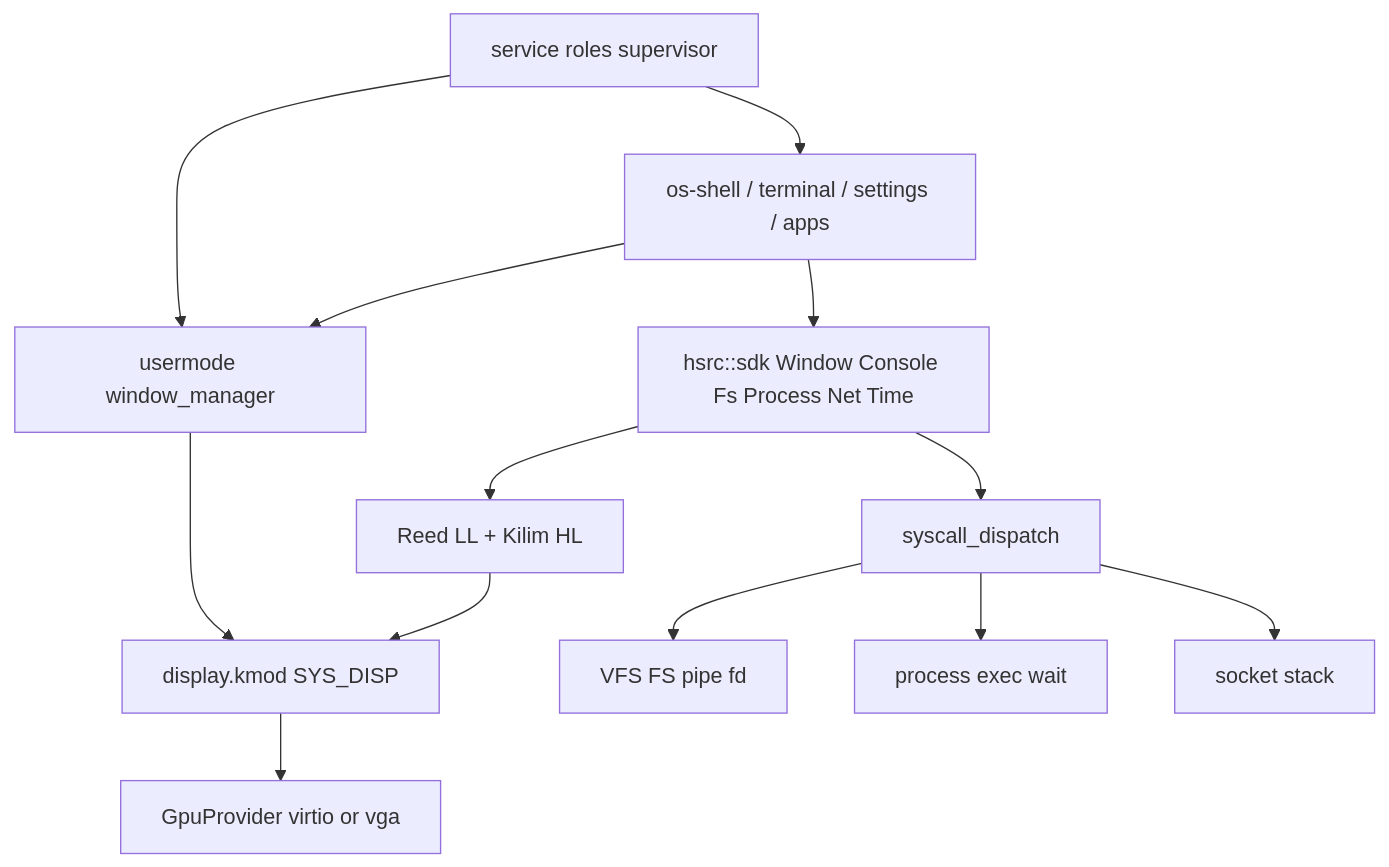
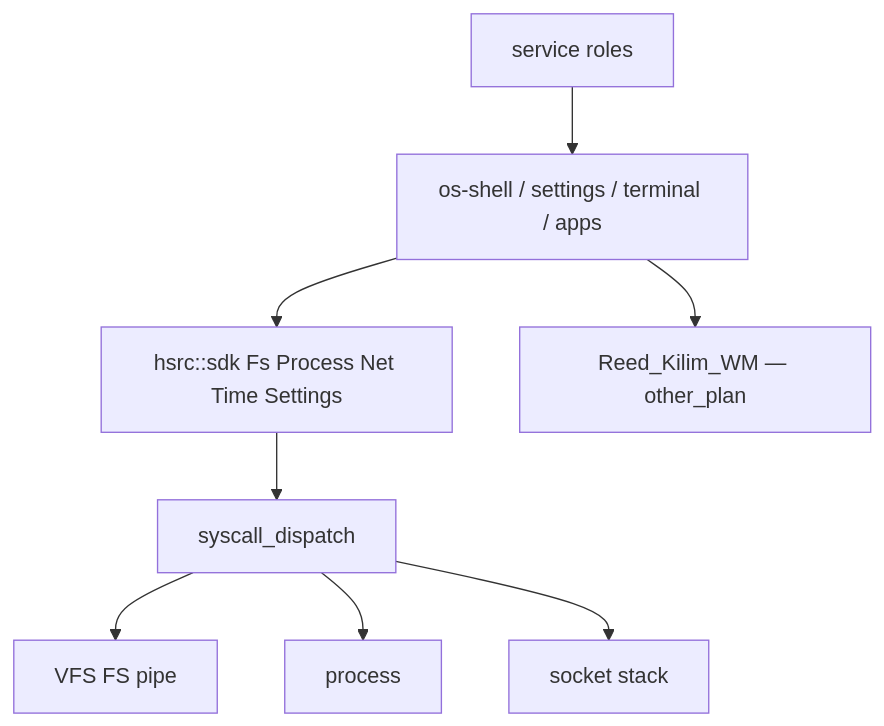
Before and after one commit to hasirciogluhq/hsrc-kernel: the first of 3 diagrams in .cursor/plans/god-level_window_api_87fb7031.plan.md, drawn with Mermaid. The commit also changed other lines of this file and 1 other file, not shown here.

First line of the commit message:
Refactor God-level Window API and GPU Display Stack plans for improved clarity and structure

````diff
--- a/.cursor/plans/god-level_window_api_87fb7031.plan.md
+++ b/.cursor/plans/god-level_window_api_87fb7031.plan.md
@@ -169,27 +133,19 @@
 ```mermaid
 flowchart TB
-  Apps["os-shell / terminal / settings / apps"]
-  SDK["hsrc::sdk Window Console Fs Process Net Time"]
-  ReedKilim["Reed LL + Kilim HL"]
-  WM["usermode window_manager"]
+  Apps["os-shell / settings / terminal / apps"]
+  SDK["hsrc::sdk Fs Process Net Time Settings"]
+  Gfx["Reed_Kilim_WM — other_plan"]
   Sys["syscall_dispatch"]
-  Disp["display.kmod SYS_DISP"]
-  Gpu["GpuProvider virtio or vga"]
-  Vfs["VFS FS pipe fd"]
-  Proc["process exec wait"]
+  Vfs["VFS FS pipe"]
+  Proc["process"]
   Net["socket stack"]
-  Svc["service roles supervisor"]
+  Svc["service roles"]
 
   Apps --> SDK
-  SDK --> ReedKilim
-  Apps --> WM
-  ReedKilim --> Disp
-  WM --> Disp
-  Disp --> Gpu
+  Apps --> Gfx
   SDK --> Sys
   Sys --> Vfs
   Sys --> Proc
   Sys --> Net
-  Svc --> WM
   Svc --> Apps
 ```
````
